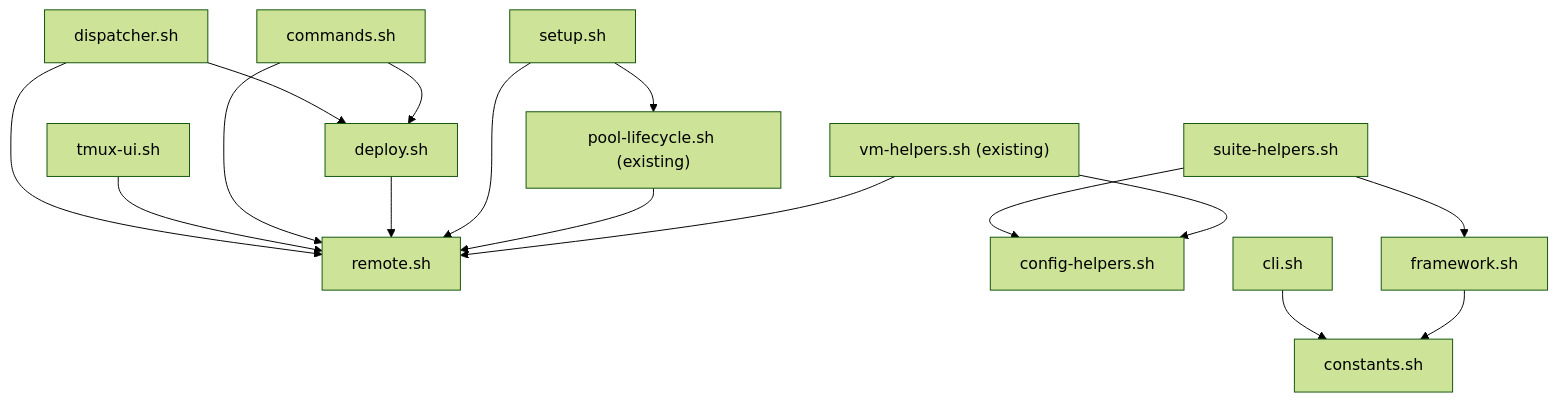
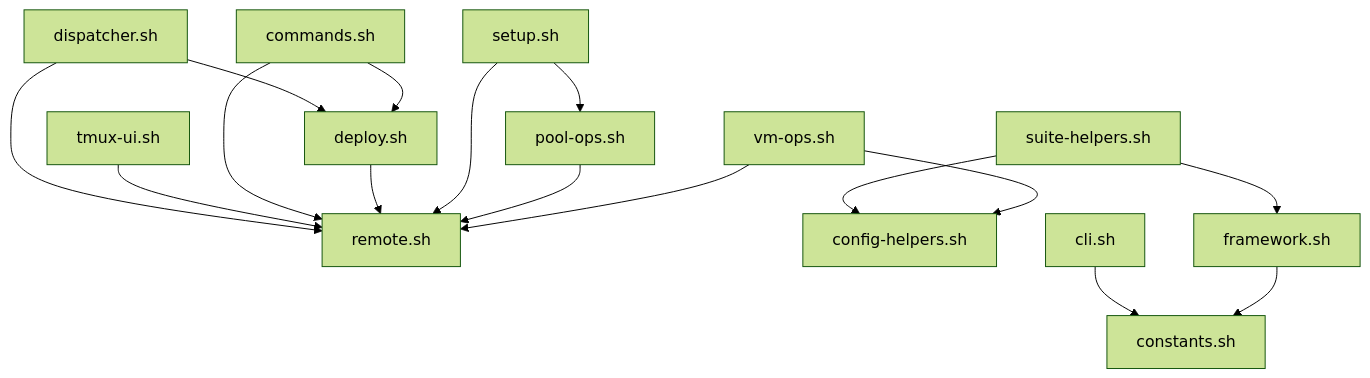
One commit to sjbylo/aba changed the third of 3 diagrams in test/e2e/v2/dev/SPEC.md. Above: the diagram before and after it, drawn with Mermaid (forest theme). The commit also changed other lines of this file and 9 other files, not shown here.

````diff
--- a/test/e2e/v2/dev/SPEC.md
+++ b/test/e2e/v2/dev/SPEC.md
@@ -1178,32 +1278,32 @@
 ```mermaid
 flowchart TD
     constants["constants.sh"]
     remote["remote.sh"]
     config["config-helpers.sh"]
     fw["framework.sh"]
-    vmhelpers["vm-helpers.sh (existing)"]
-    poollife["pool-lifecycle.sh (existing)"]
+    vmops["vm-ops.sh"]
+    poolops["pool-ops.sh"]
     setup["setup.sh"]
     suitehelp["suite-helpers.sh"]
     cli["cli.sh"]
     deploy["deploy.sh"]
     commands["commands.sh"]
     tmuxui["tmux-ui.sh"]
     dispatcher["dispatcher.sh"]
 
     fw --> constants
-    vmhelpers --> remote
-    vmhelpers --> config
-    poollife --> remote
+    vmops --> remote
+    vmops --> config
+    poolops --> remote
     setup --> remote
-    setup --> poollife
+    setup --> poolops
     suitehelp --> fw
     suitehelp --> config
     cli --> constants
     deploy --> remote
     commands --> remote
     commands --> deploy
     tmuxui --> remote
     dispatcher --> remote
     dispatcher --> deploy
 ```
````
